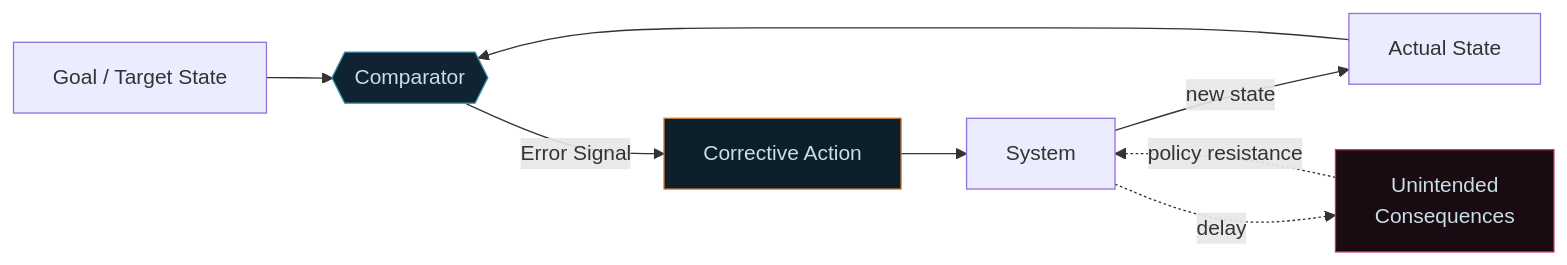
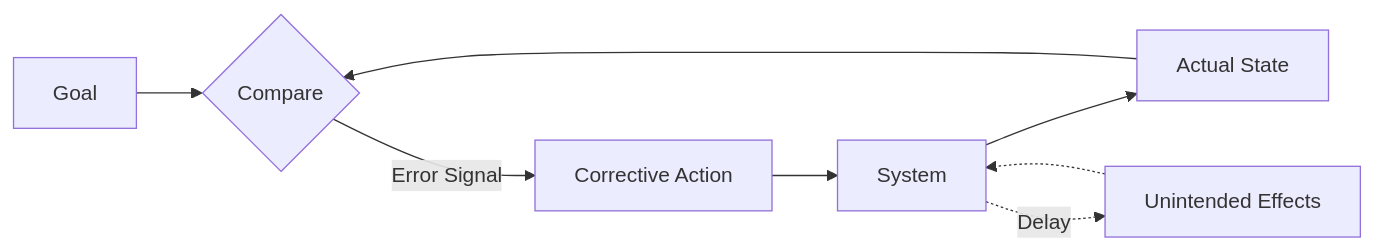
Before and after one commit to kurtrowley/isrd-site: the third of 7 diagrams in src/articles/systems_science_eras-article.md, drawn with Mermaid. The commit also changed other lines of this file and 1 other file, not shown here.

Commit message:
Simplify all Mermaid diagrams: remove subgraph/double-bracket/hexagon syntax, max 7 nodes each

````diff
--- a/src/articles/systems_science_eras-article.md
+++ b/src/articles/systems_science_eras-article.md
@@ -70,13 +67,10 @@
 ```mermaid
-flowchart LR
-  G["Goal / Target State"] --> C{{"Comparator"}}
-  A["Actual State"] --> C
-  C -->|"Error Signal"| AC["Corrective Action"]
-  AC --> SY["System"]
-  SY -->|"new state"| A
-  SY -.->|"delay"| U["Unintended\nConsequences"]
-  U -.->|"policy resistance"| SY
-  style C fill:#0f2333,stroke:#3a8fa8,color:#c8dfe8
-  style AC fill:#0d1e2b,stroke:#c87832,color:#c8dfe8
-  style U fill:#1a0a12,stroke:#c03050,color:#c8dfe8
+graph LR
+  G[Goal] --> C{Compare}
+  A[Actual State] --> C
+  C -->|Error Signal| AC[Corrective Action]
+  AC --> SY[System]
+  SY --> A
+  SY -.->|Delay| U[Unintended Effects]
+  U -.-> SY
 ```
````
